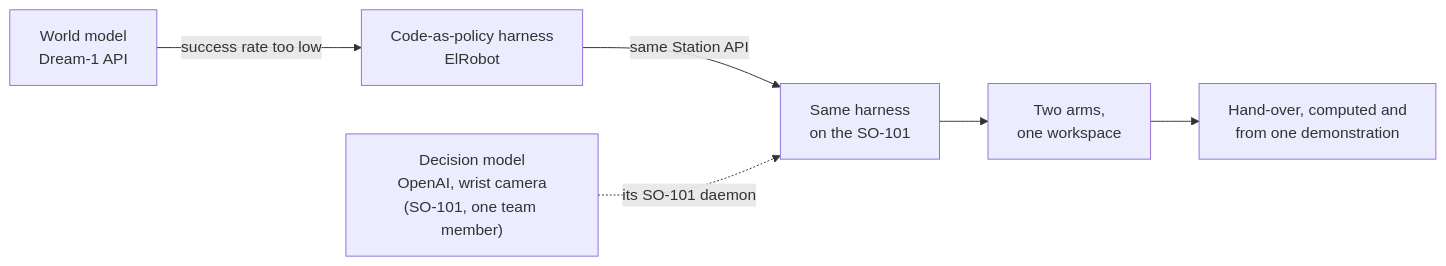
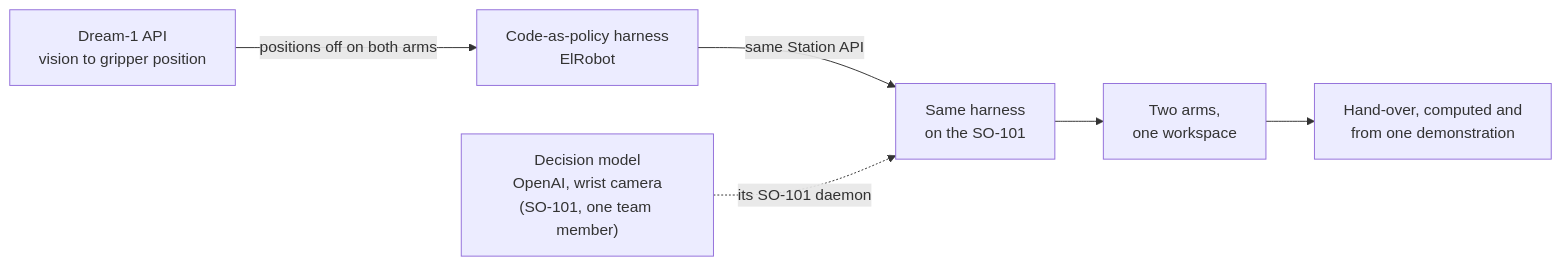
The third of 6 diagrams in README.md (rain-droid/norma-core-5), drawn with Mermaid before and after one commit. The commit also changed other lines of this file and 8 other files, not shown here.

````diff
--- a/README.md
+++ b/README.md
@@ -108,8 +108,8 @@
 ```mermaid
 flowchart LR
-    D["World model<br/>Dream-1 API"] -->|"success rate too low"| H["Code-as-policy harness<br/>ElRobot"]
+    D["Dream-1 API<br/>vision to gripper position"] -->|"positions off on both arms"| H["Code-as-policy harness<br/>ElRobot"]
     H -->|"same Station API"| S["Same harness<br/>on the SO-101"]
     S --> T["Two arms,<br/>one workspace"]
     T --> O["Hand-over, computed and<br/>from one demonstration"]
     V["Decision model<br/>OpenAI, wrist camera<br/>(SO-101, one team member)"] -.->|"its SO-101 daemon"| S
 ```
````
